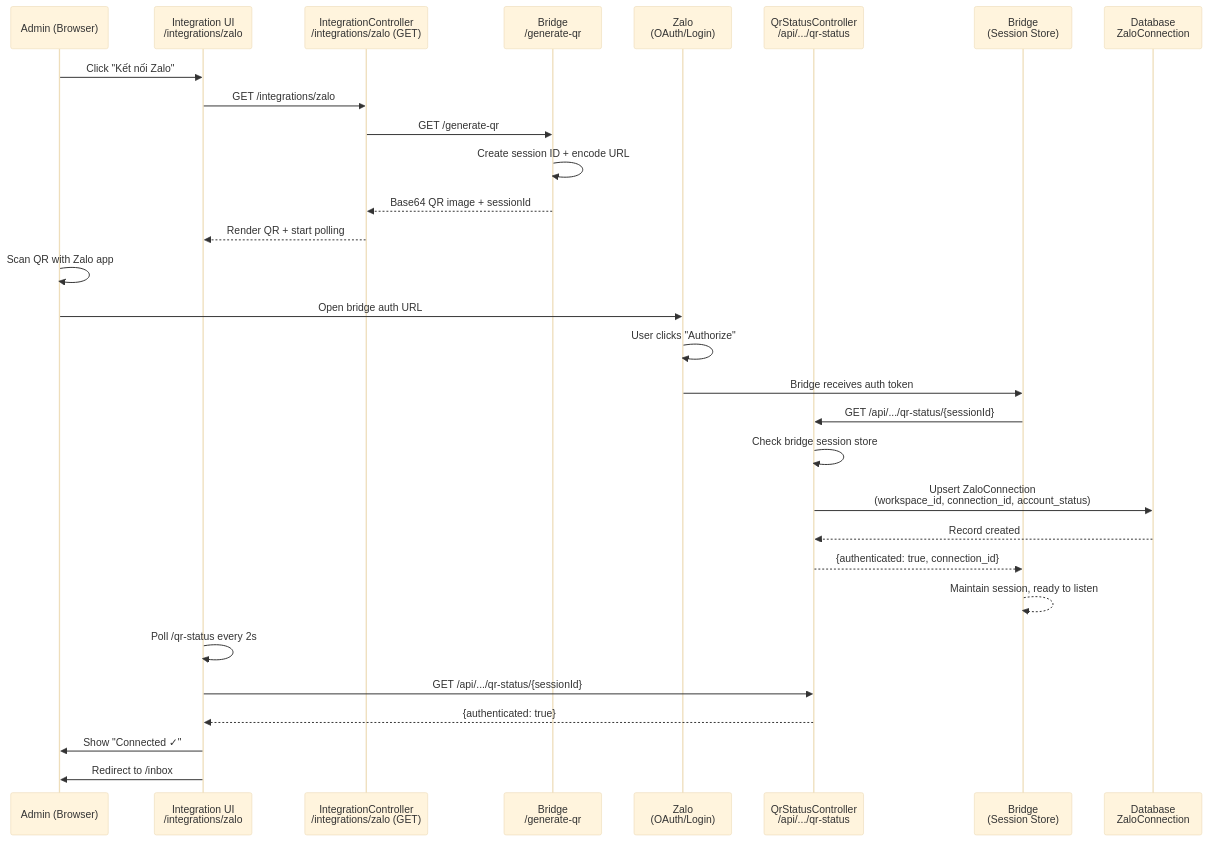
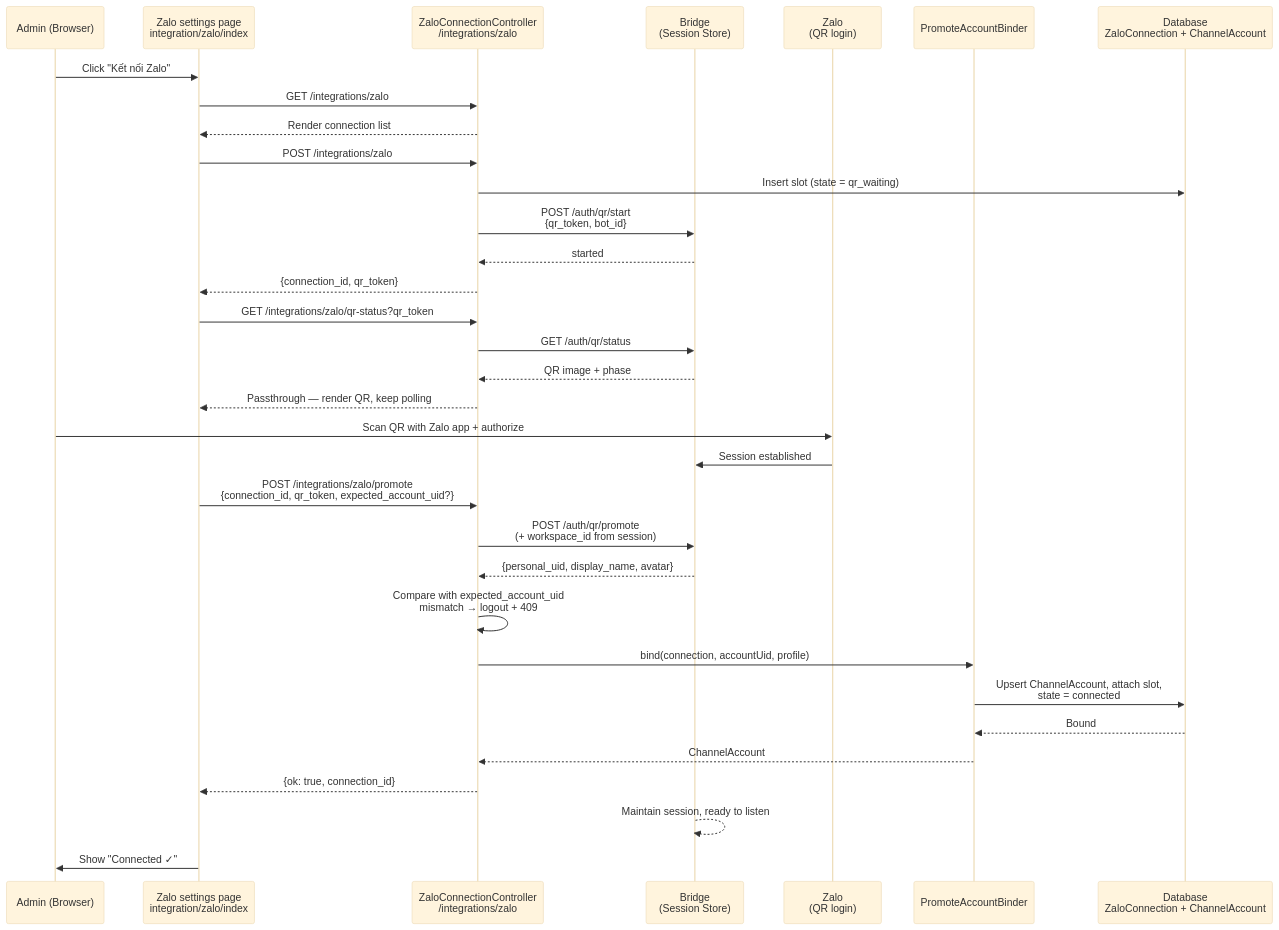
One commit to locdev-2001/yona changed the diagram in docs/features/integration/zalo-personal-connect.md. Above: the diagram before and after it, drawn with Mermaid (base theme). The commit also changed other lines of this file and 13 other files, not shown here.

````diff
--- a/docs/features/integration/zalo-personal-connect.md
+++ b/docs/features/integration/zalo-personal-connect.md
@@ -134,37 +140,41 @@
 ```mermaid
 sequenceDiagram
     participant Admin as Admin (Browser)
-    participant IntegrationUI as Integration UI<br/>/integrations/zalo
-    participant AppController as IntegrationController<br/>/integrations/zalo (GET)
-    participant BridgeQr as Bridge<br/>/generate-qr
-    participant ZaloAuth as Zalo<br/>(OAuth/Login)
-    participant QrStatusAPI as QrStatusController<br/>/api/.../qr-status
+    participant ZaloUI as Zalo settings page<br/>integration/zalo/index
+    participant AppController as ZaloConnectionController<br/>/integrations/zalo
     participant Bridge as Bridge<br/>(Session Store)
-    participant Database as Database<br/>ZaloConnection
-    
-    Admin->>IntegrationUI: Click "Kết nối Zalo"
-    IntegrationUI->>AppController: GET /integrations/zalo
-    AppController->>BridgeQr: GET /generate-qr
-    BridgeQr->>BridgeQr: Create session ID + encode URL
-    BridgeQr-->>AppController: Base64 QR image + sessionId
-    AppController-->>IntegrationUI: Render QR + start polling
-    
-    Admin->>Admin: Scan QR with Zalo app
-    Admin->>ZaloAuth: Open bridge auth URL
-    ZaloAuth->>ZaloAuth: User clicks "Authorize"
-    ZaloAuth->>Bridge: Bridge receives auth token
-    
-    Bridge->>QrStatusAPI: GET /api/.../qr-status/{sessionId}
-    QrStatusAPI->>QrStatusAPI: Check bridge session store
-    QrStatusAPI->>Database: Upsert ZaloConnection<br/>(workspace_id, connection_id, account_status)
-    Database-->>QrStatusAPI: Record created
-    QrStatusAPI-->>Bridge: {authenticated: true, connection_id}
-    
+    participant ZaloAuth as Zalo<br/>(QR login)
+    participant Binder as PromoteAccountBinder
+    participant Database as Database<br/>ZaloConnection + ChannelAccount
+
+    Admin->>ZaloUI: Click "Kết nối Zalo"
+    ZaloUI->>AppController: GET /integrations/zalo
+    AppController-->>ZaloUI: Render connection list
+
+    ZaloUI->>AppController: POST /integrations/zalo
+    AppController->>Database: Insert slot (state = qr_waiting)
+    AppController->>Bridge: POST /auth/qr/start<br/>{qr_token, bot_id}
+    Bridge-->>AppController: started
+    AppController-->>ZaloUI: {connection_id, qr_token}
+
+    ZaloUI->>AppController: GET /integrations/zalo/qr-status?qr_token
+    AppController->>Bridge: GET /auth/qr/status
+    Bridge-->>AppController: QR image + phase
+    AppController-->>ZaloUI: Passthrough — render QR, keep polling
+
+    Admin->>ZaloAuth: Scan QR with Zalo app + authorize
+    ZaloAuth->>Bridge: Session established
+
+    ZaloUI->>AppController: POST /integrations/zalo/promote<br/>{connection_id, qr_token, expected_account_uid?}
+    AppController->>Bridge: POST /auth/qr/promote<br/>(+ workspace_id from session)
+    Bridge-->>AppController: {personal_uid, display_name, avatar}
+    AppController->>AppController: Compare with expected_account_uid<br/>mismatch → logout + 409
+    AppController->>Binder: bind(connection, accountUid, profile)
+    Binder->>Database: Upsert ChannelAccount, attach slot,<br/>state = connected
+    Database-->>Binder: Bound
+    Binder-->>AppController: ChannelAccount
+    AppController-->>ZaloUI: {ok: true, connection_id}
+
     Bridge-->>Bridge: Maintain session, ready to listen
-    
-    IntegrationUI->>IntegrationUI: Poll /qr-status every 2s
-    IntegrationUI->>QrStatusAPI: GET /api/.../qr-status/{sessionId}
-    QrStatusAPI-->>IntegrationUI: {authenticated: true}
-    IntegrationUI->>Admin: Show "Connected ✓"
-    IntegrationUI->>Admin: Redirect to /inbox
+    ZaloUI->>Admin: Show "Connected ✓"
 ```
````
